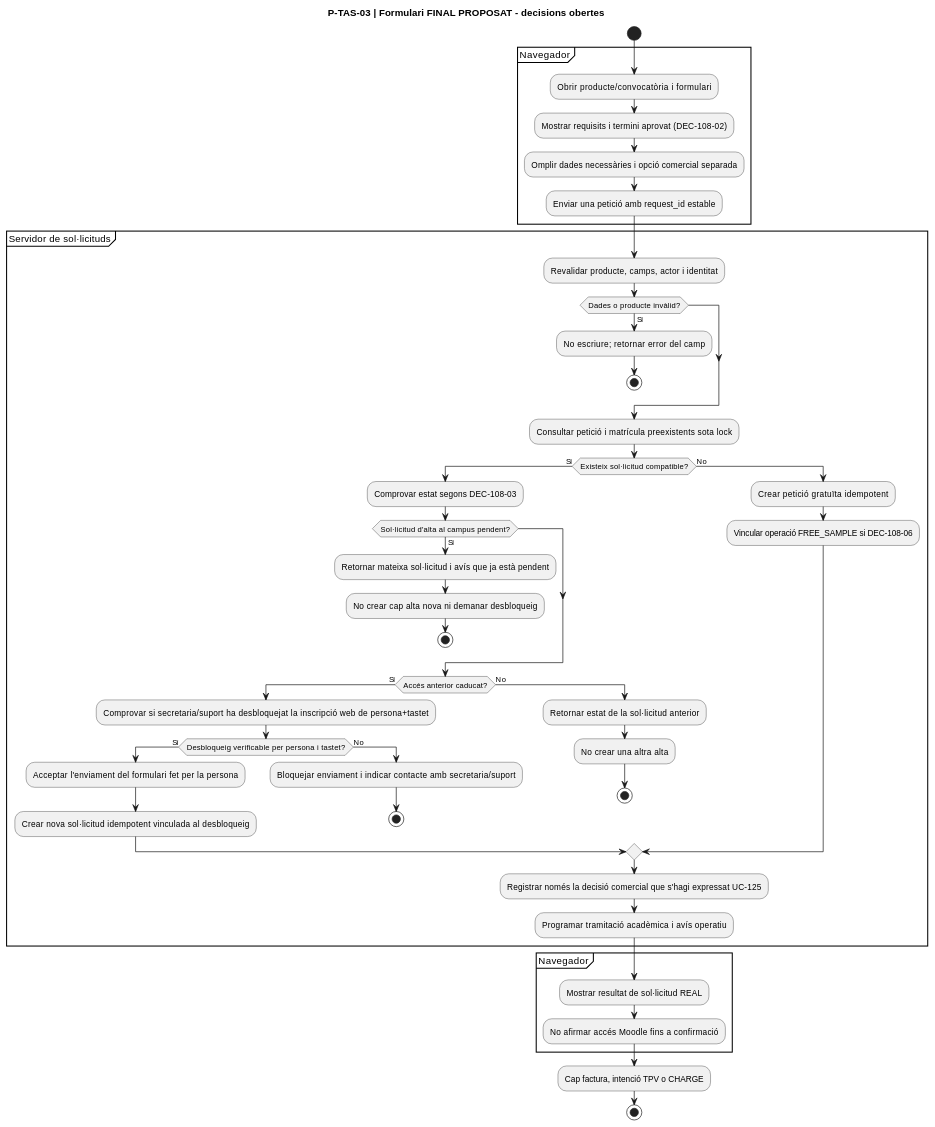
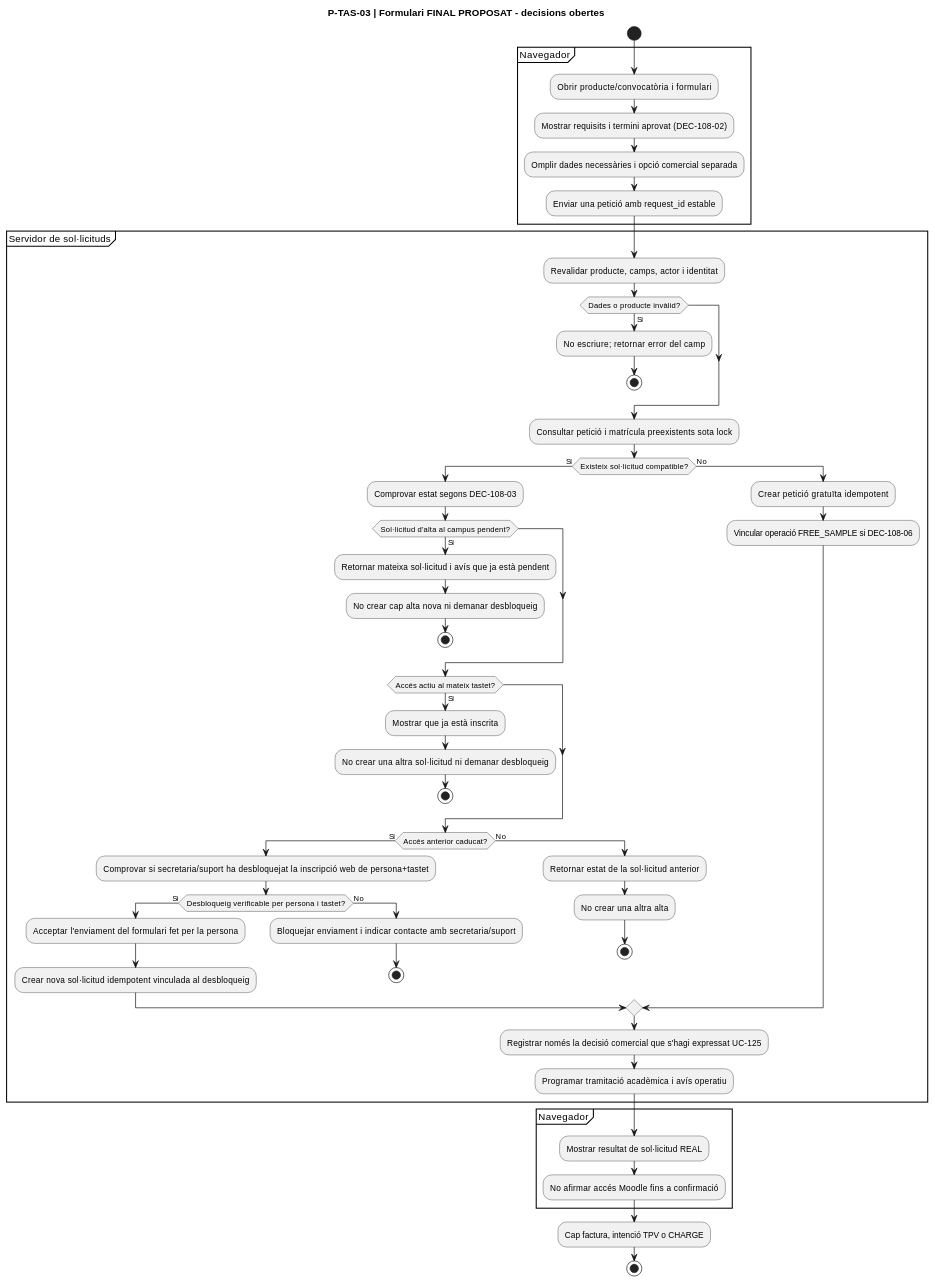
One commit to orgmeriemprismacat-del/verifactu changed diagram 16 of 32 in documentacio/07-uml-integrat/uc-108-activitats-pagines-tastets-actual-final.md. Above: the diagram before and after it, drawn with PlantUML. The commit also changed other lines of this file, not shown here.

````diff
--- a/documentacio/07-uml-integrat/uc-108-activitats-pagines-tastets-actual-final.md
+++ b/documentacio/07-uml-integrat/uc-108-activitats-pagines-tastets-actual-final.md
@@ -367,53 +367,58 @@
 ```plantuml
 @startuml
 title P-TAS-03 | Formulari FINAL PROPOSAT - decisions obertes
 start
 partition "Navegador" {
   :Obrir producte/convocatòria i formulari;
   :Mostrar requisits i termini aprovat (DEC-108-02);
   :Omplir dades necessàries i opció comercial separada;
   :Enviar una petició amb request_id estable;
 }
 partition "Servidor de sol·licituds" {
   :Revalidar producte, camps, actor i identitat;
   if (Dades o producte invàlid?) then (Sí)
     :No escriure; retornar error del camp;
     stop
   endif
   :Consultar petició i matrícula preexistents sota lock;
   if (Existeix sol·licitud compatible?) then (Sí)
     :Comprovar estat segons DEC-108-03;
     if (Sol·licitud d'alta al campus pendent?) then (Sí)
       :Retornar mateixa sol·licitud i avís que ja està pendent;
       :No crear cap alta nova ni demanar desbloqueig;
+      stop
+    endif
+    if (Accés actiu al mateix tastet?) then (Sí)
+      :Mostrar que ja està inscrita;
+      :No crear una altra sol·licitud ni demanar desbloqueig;
       stop
     endif
     if (Accés anterior caducat?) then (Sí)
       :Comprovar si secretaria/suport ha desbloquejat la inscripció web de persona+tastet;
       if (Desbloqueig verificable per persona i tastet?) then (Sí)
         :Acceptar l'enviament del formulari fet per la persona;
         :Crear nova sol·licitud idempotent vinculada al desbloqueig;
       else (No)
         :Bloquejar enviament i indicar contacte amb secretaria/suport;
         stop
       endif
     else (No)
       :Retornar estat de la sol·licitud anterior;
       :No crear una altra alta;
       stop
     endif
   else (No)
     :Crear petició gratuïta idempotent;
     :Vincular operació FREE_SAMPLE si DEC-108-06;
   endif
   :Registrar només la decisió comercial que s'hagi expressat UC-125;
   :Programar tramitació acadèmica i avís operatiu;
 }
 partition "Navegador" {
   :Mostrar resultat de sol·licitud REAL;
   :No afirmar accés Moodle fins a confirmació;
 }
 :Cap factura, intenció TPV o CHARGE;
 stop
 @enduml
 ```
````
